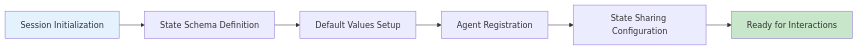
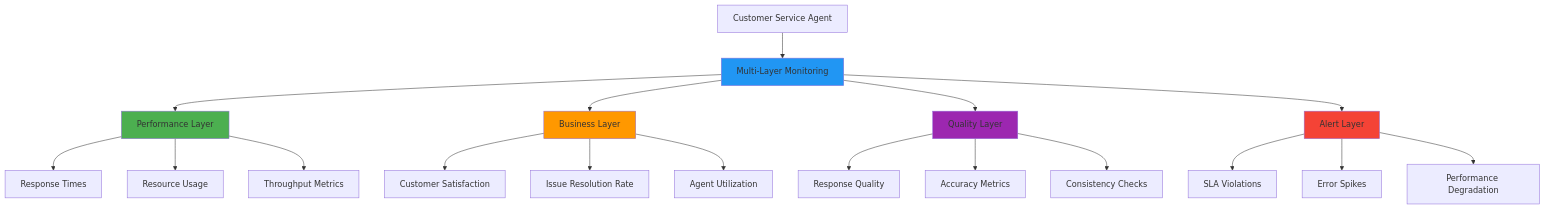
The eighth of 28 diagrams in 9-callbacks/README.md (Yash-Kavaiya/agent-development-kit-crash-course), drawn with Mermaid before and after one commit. The commit also changed other lines of this file, not shown here.

````diff
--- a/9-callbacks/README.md
+++ b/9-callbacks/README.md
@@ -307,11 +258,31 @@
 ```mermaid
-graph LR
-    A[Session Initialization] --> B[State Schema Definition]
-    B --> C[Default Values Setup]
-    C --> D[Agent Registration]
-    D --> E[State Sharing Configuration]
-    E --> F[Ready for Interactions]
+graph TD
+    A[Customer Service Agent] --> B[Multi-Layer Monitoring]
     
-    style A fill:#e3f2fd
-    style F fill:#c8e6c9
+    B --> C[Performance Layer]
+    B --> D[Business Layer]
+    B --> E[Quality Layer]
+    B --> F[Alert Layer]
+    
+    C --> C1[Response Times]
+    C --> C2[Resource Usage]
+    C --> C3[Throughput Metrics]
+    
+    D --> D1[Customer Satisfaction]
+    D --> D2[Issue Resolution Rate]
+    D --> D3[Agent Utilization]
+    
+    E --> E1[Response Quality]
+    E --> E2[Accuracy Metrics]
+    E --> E3[Consistency Checks]
+    
+    F --> F1[SLA Violations]
+    F --> F2[Error Spikes]
+    F --> F3[Performance Degradation]
+    
+    style B fill:#2196f3
+    style C fill:#4caf50
+    style D fill:#ff9800
+    style E fill:#9c27b0
+    style F fill:#f44336
 ```
````
